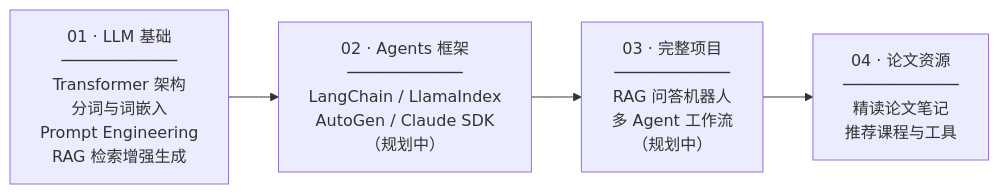
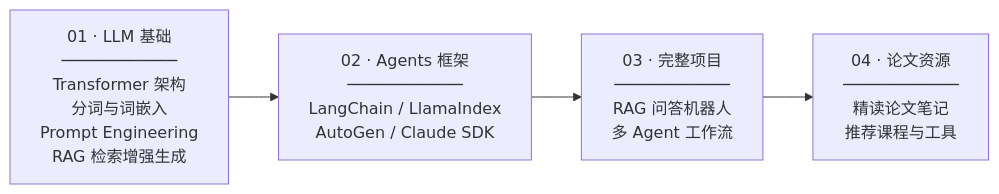
One commit to yuansunshun/llm-agents-cookbook changed the diagram in README.md. Above: the diagram before and after it, drawn with Mermaid. The commit also changed other lines of this file and 2 other files, not shown here.

````diff
--- a/README.md
+++ b/README.md
@@ -21,8 +21,8 @@
 ```mermaid
 flowchart LR
     A["01 · LLM 基础\n────────────\nTransformer 架构\n分词与词嵌入\nPrompt Engineering\nRAG 检索增强生成"]
-    B["02 · Agents 框架\n────────────\nLangChain / LlamaIndex\nAutoGen / Claude SDK\n（规划中）"]
-    C["03 · 完整项目\n────────────\nRAG 问答机器人\n多 Agent 工作流\n（规划中）"]
+    B["02 · Agents 框架\n────────────\nLangChain / LlamaIndex\nAutoGen / Claude SDK"]
+    C["03 · 完整项目\n────────────\nRAG 问答机器人\n多 Agent 工作流"]
     D["04 · 论文资源\n────────────\n精读论文笔记\n推荐课程与工具"]
     A --> B --> C --> D
 ```
````
